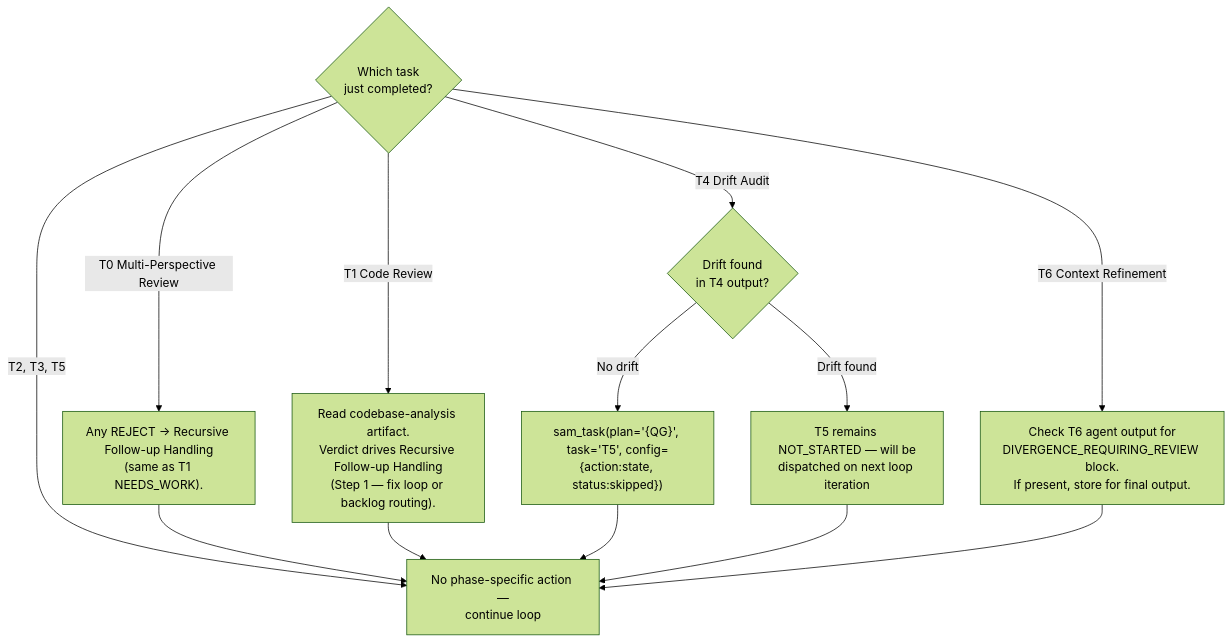
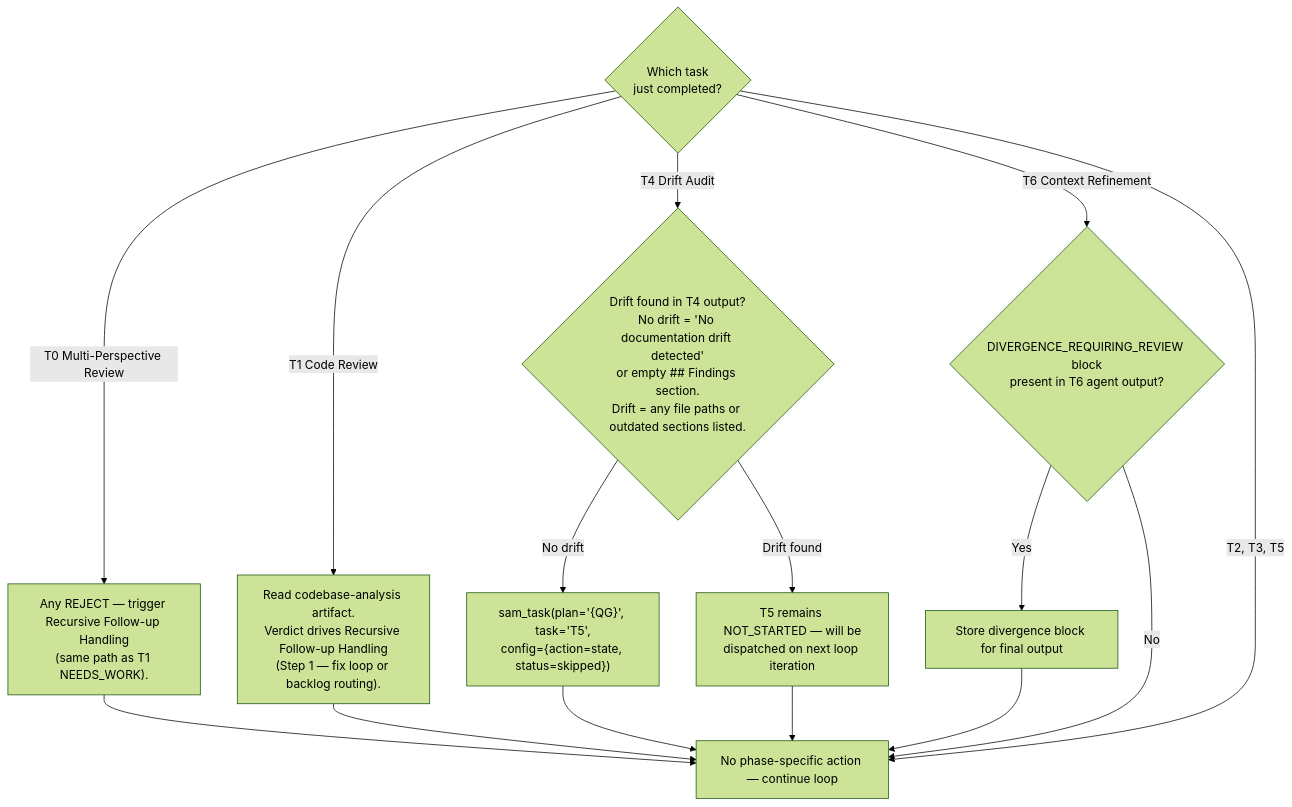
The seventh of 10 diagrams in plugins/development-harness/skills/complete-implementation/SKILL.md (chgreer1070/claude_skills), drawn with Mermaid (forest theme) before and after one commit. The commit also changed other lines of this file and 15 other files, not shown here.

First line of the commit message:
feat(multi-perspective-review): implement dh:multi-perspective-review skill (#2181)

````diff
--- a/plugins/development-harness/skills/complete-implementation/SKILL.md
+++ b/plugins/development-harness/skills/complete-implementation/SKILL.md
@@ -498,16 +475,18 @@
 ```mermaid
 flowchart TD
     Done{Which task<br>just completed?}
-    Done -->|T0 Multi-Perspective Review| T0Post["Any REJECT → Recursive Follow-up Handling<br>(same as T1 NEEDS_WORK)."]
+    Done -->|T0 Multi-Perspective Review| T0Post["Any REJECT — trigger Recursive Follow-up Handling<br>(same path as T1 NEEDS_WORK)."]
     Done -->|T1 Code Review| T1Post["Read codebase-analysis artifact.<br>Verdict drives Recursive Follow-up Handling<br>(Step 1 — fix loop or backlog routing)."]
-    Done -->|T4 Drift Audit| T4Post{Drift found<br>in T4 output?}
-    T4Post -->|No drift| SkipT5["sam_task(plan='{QG}', task='T5', config={action:state, status:skipped})"]
-    T4Post -->|Drift found| T5Ready["T5 remains NOT_STARTED — will be<br>dispatched on next loop iteration"]
-    Done -->|T6 Context Refinement| T6Post["Check T6 agent output for<br>DIVERGENCE_REQUIRING_REVIEW block.<br>If present, store for final output."]
-    Done -->|T2, T3, T5| Continue["No phase-specific action —<br>continue loop"]
+    Done -->|T4 Drift Audit| T4Post{"Drift found in T4 output?<br>No drift = 'No documentation drift detected'<br>or empty ## Findings section.<br>Drift = any file paths or outdated sections listed."}
+    T4Post -->|"No drift"| SkipT5["sam_task(plan='{QG}', task='T5',<br>config={action=state, status=skipped})"]
+    T4Post -->|"Drift found"| T5Ready["T5 remains NOT_STARTED — will be<br>dispatched on next loop iteration"]
+    Done -->|T6 Context Refinement| T6Post{"DIVERGENCE_REQUIRING_REVIEW block<br>present in T6 agent output?"}
+    T6Post -->|"Yes"| StoreDiv["Store divergence block for final output"]
+    T6Post -->|"No"| Continue["No phase-specific action — continue loop"]
+    Done -->|"T2, T3, T5"| Continue
     T0Post --> Continue
     T1Post --> Continue
     SkipT5 --> Continue
     T5Ready --> Continue
-    T6Post --> Continue
+    StoreDiv --> Continue
 ```
````
